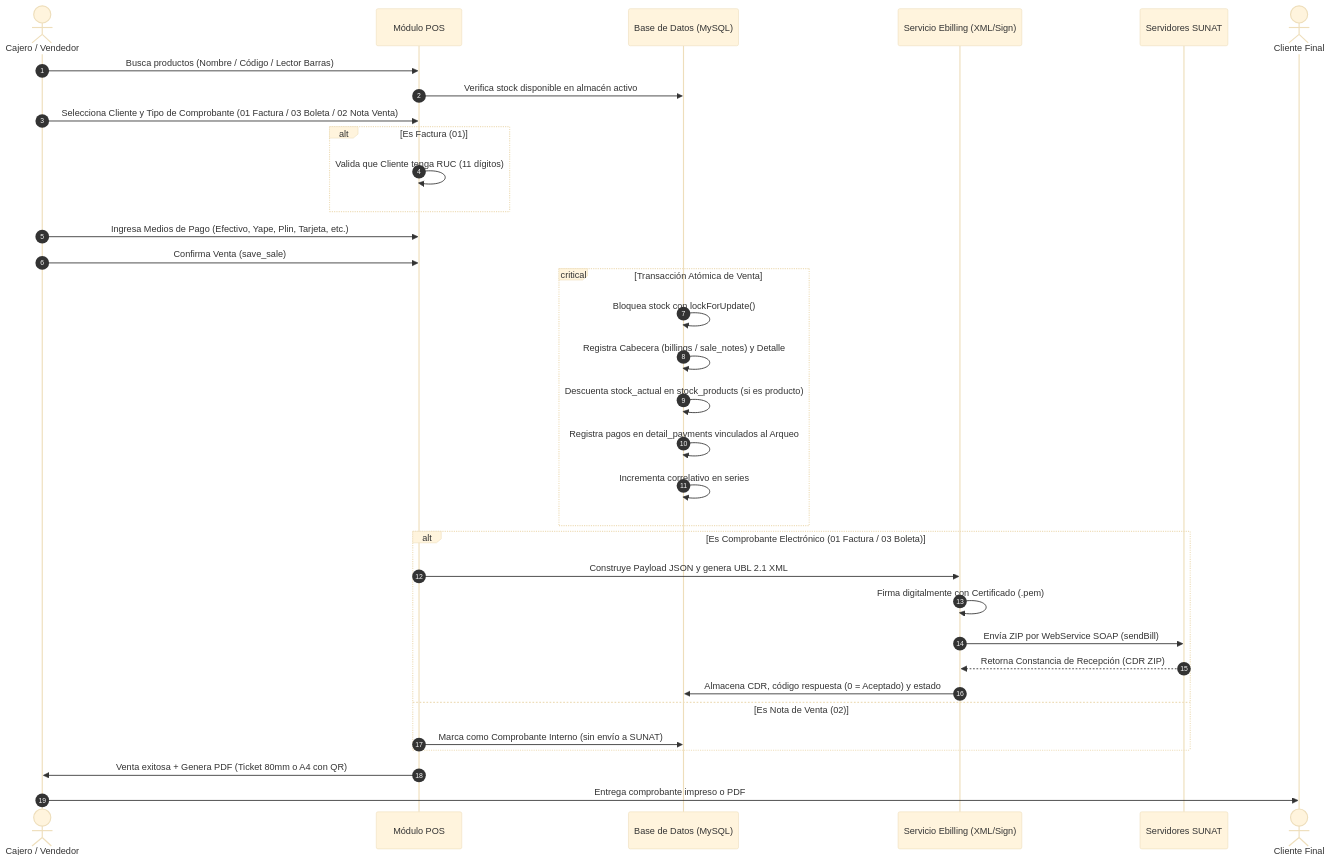
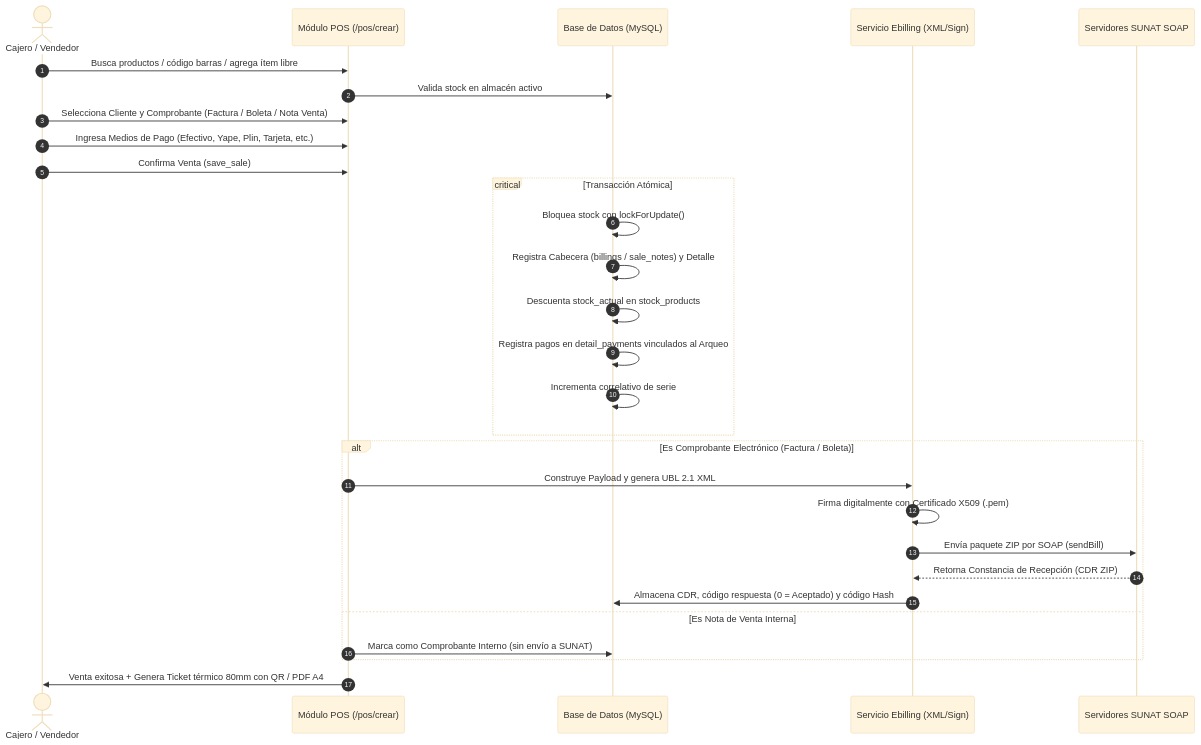
One commit to gercova/shipibo-erp-facturacion changed the second of 6 diagrams in README.md. Above: the diagram before and after it, drawn with Mermaid (base theme). The commit also changed other lines of this file and 2 other files, not shown here.

````diff
--- a/README.md
+++ b/README.md
@@ -245,42 +260,35 @@
 ```mermaid
 sequenceDiagram
     autonumber
     actor Vendedor as Cajero / Vendedor
-    participant POS as Módulo POS
+    participant POS as Módulo POS (/pos/crear)
     participant DB as Base de Datos (MySQL)
     participant XML as Servicio Ebilling (XML/Sign)
-    participant SUNAT as Servidores SUNAT
-    actor Cliente as Cliente Final
+    participant SUNAT as Servidores SUNAT SOAP
 
-    Vendedor->>POS: Busca productos (Nombre / Código / Lector Barras)
-    POS->>DB: Verifica stock disponible en almacén activo
-    Vendedor->>POS: Selecciona Cliente y Tipo de Comprobante (01 Factura / 03 Boleta / 02 Nota Venta)
-    
-    alt Es Factura (01)
-        POS->>POS: Valida que Cliente tenga RUC (11 dígitos)
-    end
-    
+    Vendedor->>POS: Busca productos / código barras / agrega ítem libre
+    POS->>DB: Valida stock en almacén activo
+    Vendedor->>POS: Selecciona Cliente y Comprobante (Factura / Boleta / Nota Venta)
     Vendedor->>POS: Ingresa Medios de Pago (Efectivo, Yape, Plin, Tarjeta, etc.)
     Vendedor->>POS: Confirma Venta (save_sale)
 
-    critical Transacción Atómica de Venta
+    critical Transacción Atómica
         DB->>DB: Bloquea stock con lockForUpdate()
         DB->>DB: Registra Cabecera (billings / sale_notes) y Detalle
-        DB->>DB: Descuenta stock_actual en stock_products (si es producto)
+        DB->>DB: Descuenta stock_actual en stock_products
         DB->>DB: Registra pagos en detail_payments vinculados al Arqueo
-        DB->>DB: Incrementa correlativo en series
+        DB->>DB: Incrementa correlativo de serie
     end
 
-    alt Es Comprobante Electrónico (01 Factura / 03 Boleta)
-        POS->>XML: Construye Payload JSON y genera UBL 2.1 XML
-        XML->>XML: Firma digitalmente con Certificado (.pem)
-        XML->>SUNAT: Envía ZIP por WebService SOAP (sendBill)
+    alt Es Comprobante Electrónico (Factura / Boleta)
+        POS->>XML: Construye Payload y genera UBL 2.1 XML
+        XML->>XML: Firma digitalmente con Certificado X509 (.pem)
+        XML->>SUNAT: Envía paquete ZIP por SOAP (sendBill)
         SUNAT-->>XML: Retorna Constancia de Recepción (CDR ZIP)
-        XML->>DB: Almacena CDR, código respuesta (0 = Aceptado) y estado
-    else Es Nota de Venta (02)
+        XML->>DB: Almacena CDR, código respuesta (0 = Aceptado) y código Hash
+    else Es Nota de Venta Interna
         POS->>DB: Marca como Comprobante Interno (sin envío a SUNAT)
     end
 
-    POS->>Vendedor: Venta exitosa + Genera PDF (Ticket 80mm o A4 con QR)
-    Vendedor->>Cliente: Entrega comprobante impreso o PDF
+    POS->>Vendedor: Venta exitosa + Genera Ticket térmico 80mm con QR / PDF A4
 ```
````
